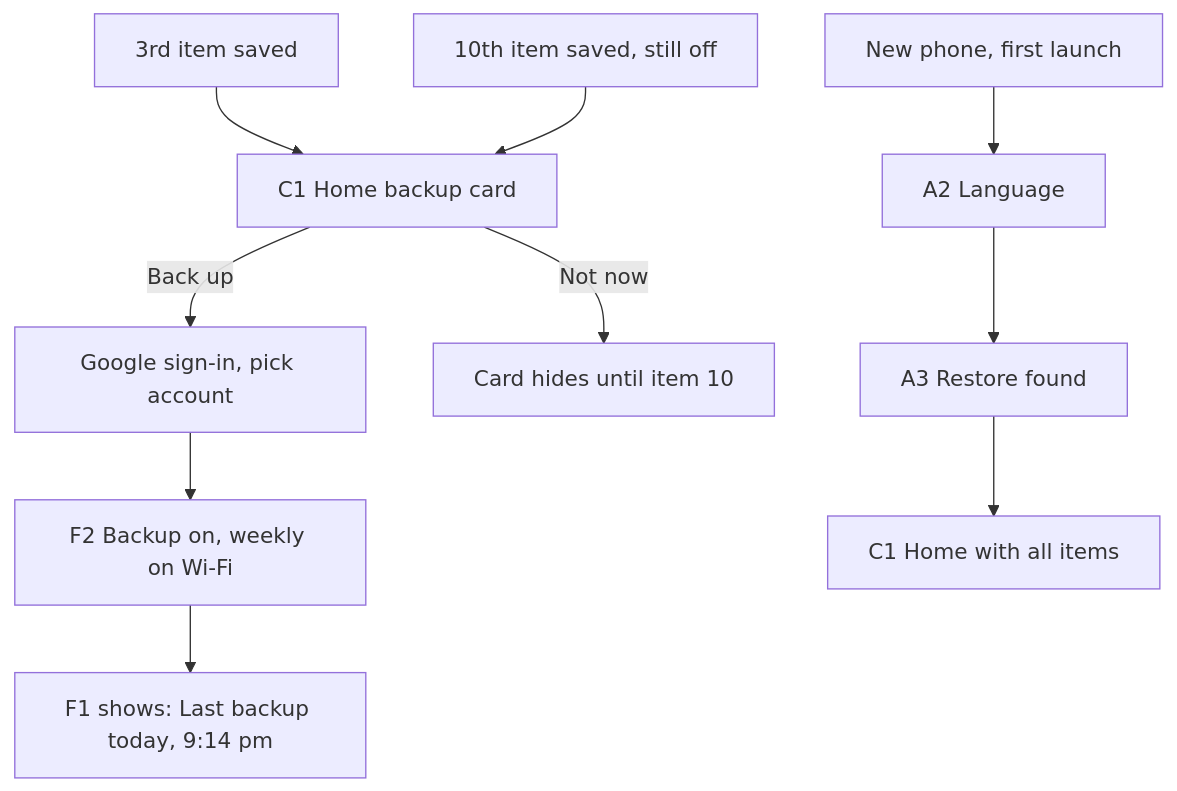
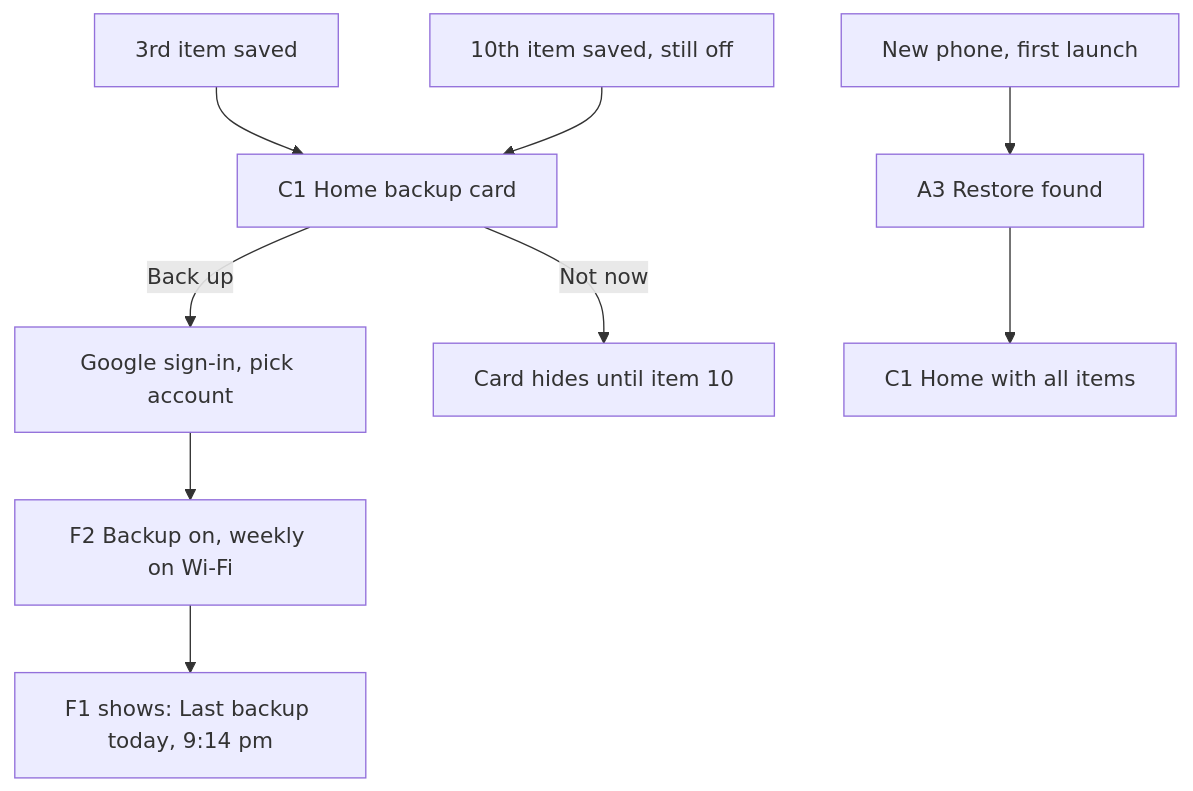
One commit to nsaifd/ambr changed the sixth of 8 diagrams in docs/ux/ux-blueprint.md. Above: the diagram before and after it, drawn with Mermaid. The commit also changed other lines of this file and 2 other files, not shown here.

````diff
--- a/docs/ux/ux-blueprint.md
+++ b/docs/ux/ux-blueprint.md
@@ -263,9 +262,9 @@
 ```mermaid
 flowchart TD
     I3[3rd item saved] --> Card[C1 Home backup card]
     I10[10th item saved, still off] --> Card
     Card -- Back up --> G[Google sign-in, pick account] --> F2[F2 Backup on, weekly on Wi-Fi]
     Card -- Not now --> Hide[Card hides until item 10]
     F2 --> Status["F1 shows: Last backup today, 9:14 pm"]
-    New[New phone, first launch] --> A2[A2 Language] --> A3[A3 Restore found] --> Home[C1 Home with all items]
+    New[New phone, first launch] --> A3[A3 Restore found] --> Home[C1 Home with all items]
 ```
````
